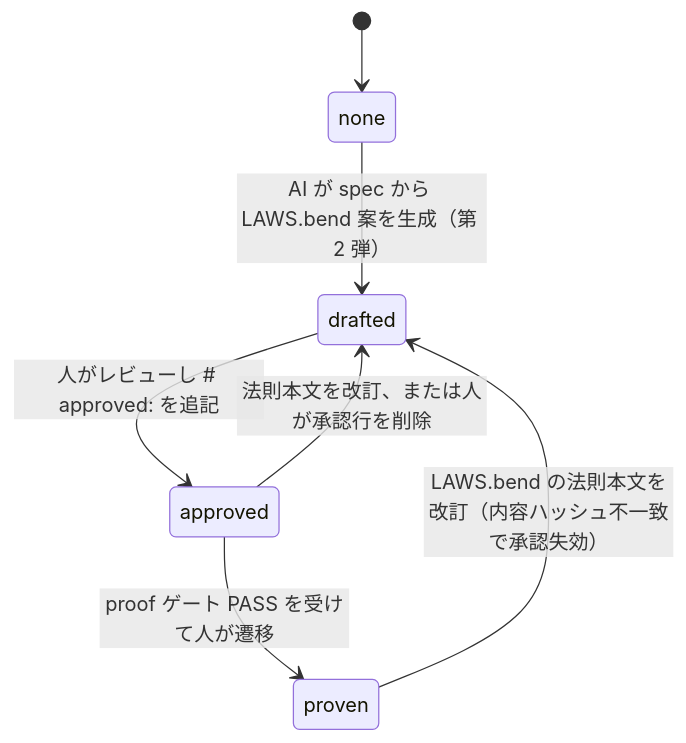
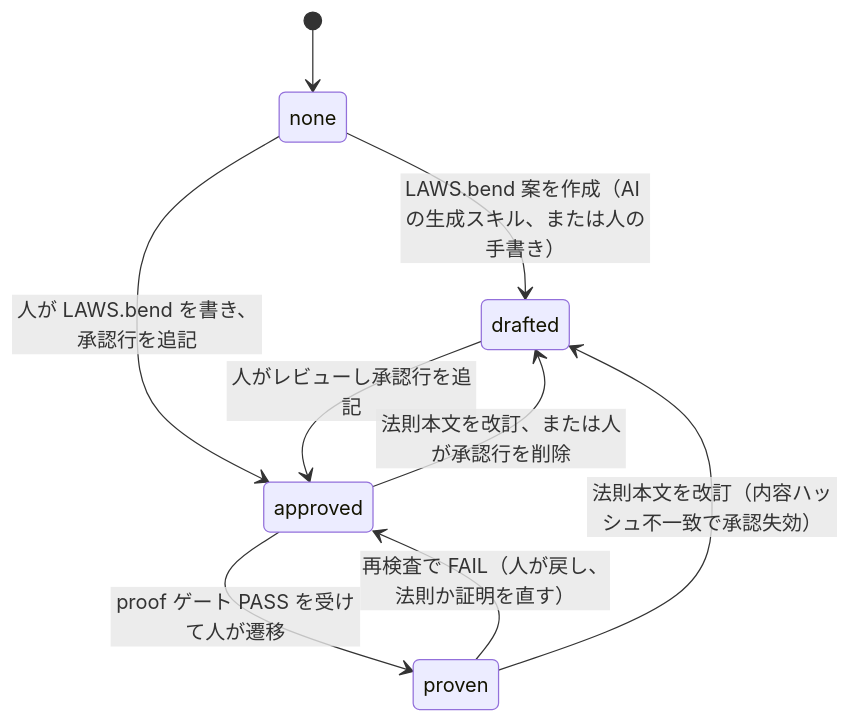
Before and after one commit to ToshikiImagawa/ai-sdd-workflow-dev: the second of 2 diagrams in .sdd/specification/task-implementation/proof-gate_spec.md, drawn with Mermaid. The commit also changed other lines of this file and 8 other files, not shown here.

````diff
--- a/.sdd/specification/task-implementation/proof-gate_spec.md
+++ b/.sdd/specification/task-implementation/proof-gate_spec.md
@@ -269,9 +311,11 @@
 ```mermaid
 stateDiagram-v2
     [*] --> none
-    none --> drafted: AI が spec から LAWS.bend 案を生成（第 2 弾）
-    drafted --> approved: 人がレビューし # approved: を追記
+    none --> drafted: LAWS.bend 案を作成（AI の生成スキル、または人の手書き）
+    none --> approved: 人が LAWS.bend を書き、承認行を追記
+    drafted --> approved: 人がレビューし承認行を追記
     approved --> proven: proof ゲート PASS を受けて人が遷移
-    proven --> drafted: LAWS.bend の法則本文を改訂（内容ハッシュ不一致で承認失効）
+    proven --> approved: 再検査で FAIL（人が戻し、法則か証明を直す）
+    proven --> drafted: 法則本文を改訂（内容ハッシュ不一致で承認失効）
     approved --> drafted: 法則本文を改訂、または人が承認行を削除
 ```
````
